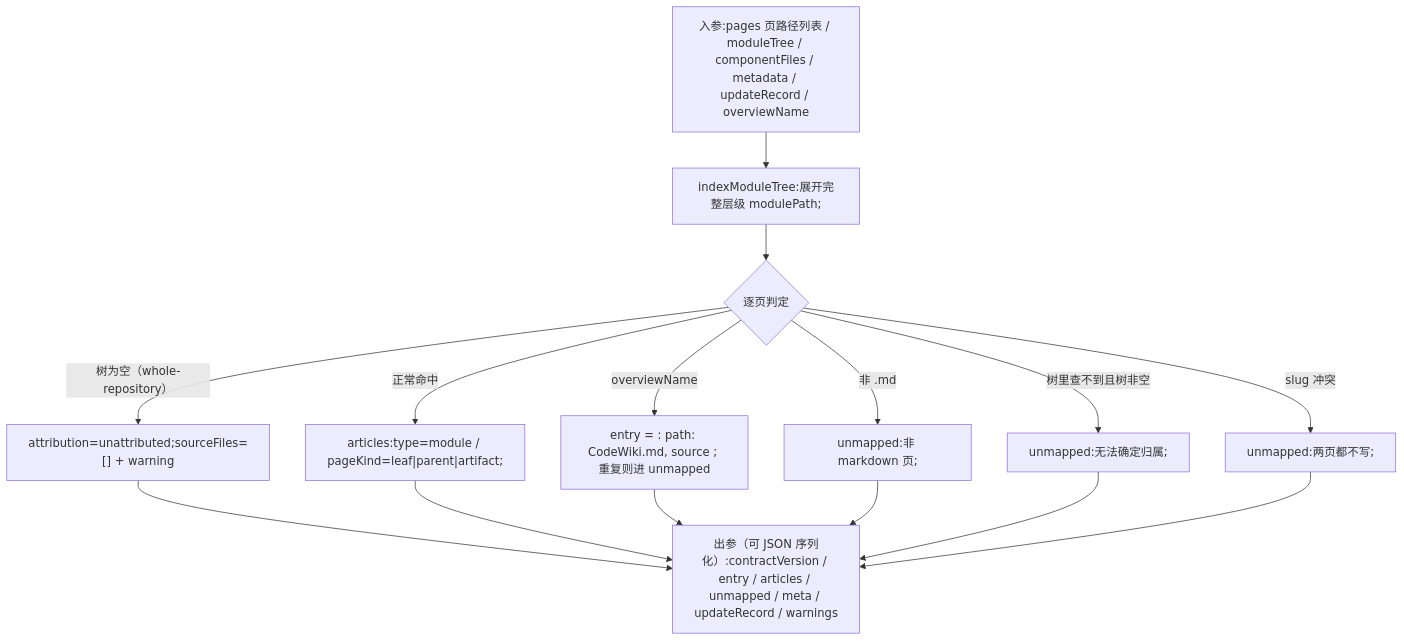
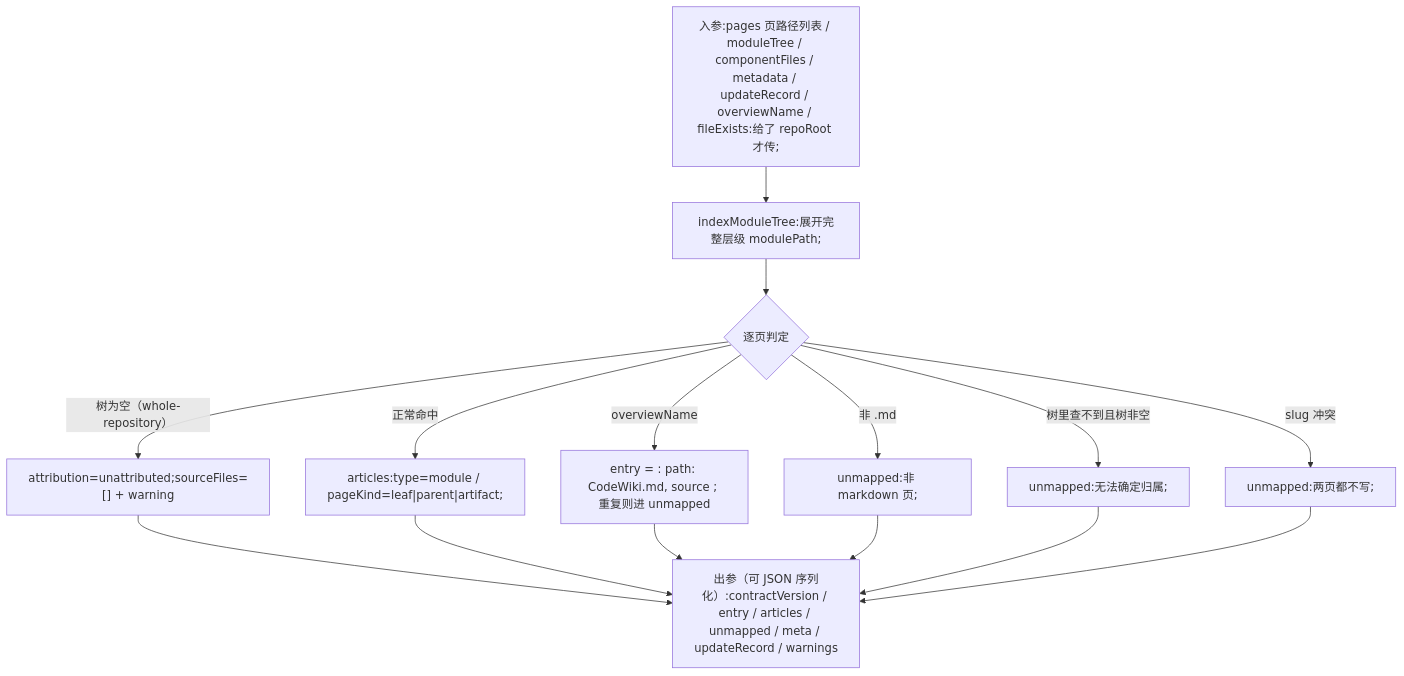
The third of 5 diagrams in .codewiki/_native-state/docs/CodeWiki_Engine_Subsystem/Wiki_Content_Health_Scanning___Plan_Application/Wiki_Content_Health_Scanning___Plan_Application_mapping_output.md (ikliml666/dsh-codewiki), drawn with Mermaid before and after one commit. The commit also changed other lines of this file and 9 other files, not shown here.

````diff
--- a/.codewiki/_native-state/docs/CodeWiki_Engine_Subsystem/Wiki_Content_Health_Scanning___Plan_Application/Wiki_Content_Health_Scanning___Plan_Application_mapping_output.md
+++ b/.codewiki/_native-state/docs/CodeWiki_Engine_Subsystem/Wiki_Content_Health_Scanning___Plan_Application/Wiki_Content_Health_Scanning___Plan_Application_mapping_output.md
@@ -110,22 +110,22 @@
 ```mermaid
 flowchart TD
-    IN["入参#58;pages 页路径列表 / moduleTree / componentFiles / metadata / updateRecord / overviewName"]
+    IN["入参#58;pages 页路径列表 / moduleTree / componentFiles / metadata / updateRecord / overviewName / fileExists#58;给了 repoRoot 才传#59;"]
     IN --> IDX["indexModuleTree#58;展开完整层级 modulePath#59;"]
     IDX --> LOOP{"逐页判定"}
 
     LOOP -- "overviewName" --> ENTRY["entry = #58; path: CodeWiki.md, source #59; 重复则进 unmapped"]
     LOOP -- "非 .md" --> UM1["unmapped#58;非 markdown 页#59;"]
     LOOP -- "树里查不到且树非空" --> UM2["unmapped#58;无法确定归属#59;"]
     LOOP -- "树为空（whole-repository）" --> ART1["attribution=unattributed#59;sourceFiles=[] + warning"]
     LOOP -- "slug 冲突" --> UM3["unmapped#58;两页都不写#59;"]
     LOOP -- "正常命中" --> ART2["articles#58;type=module / pageKind=leaf|parent|artifact#59;"]
 
     ART1 --> OUT
     ART2 --> OUT
     ENTRY --> OUT
     UM1 --> OUT
     UM2 --> OUT
     UM3 --> OUT
 
     OUT["出参（可 JSON 序列化）#58;contractVersion / entry / articles / unmapped / meta / updateRecord / warnings"]
 ```
````
